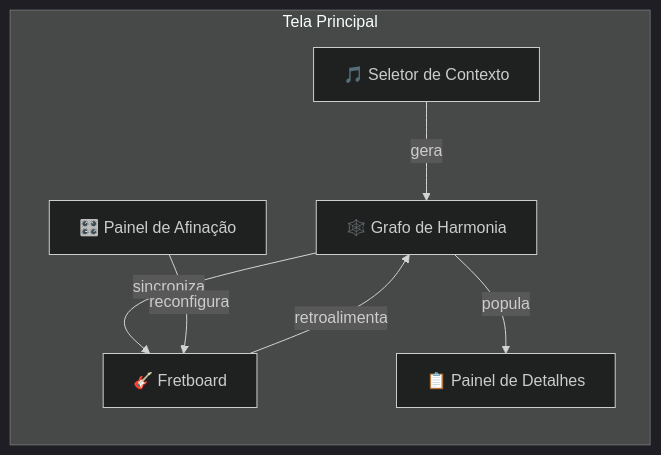
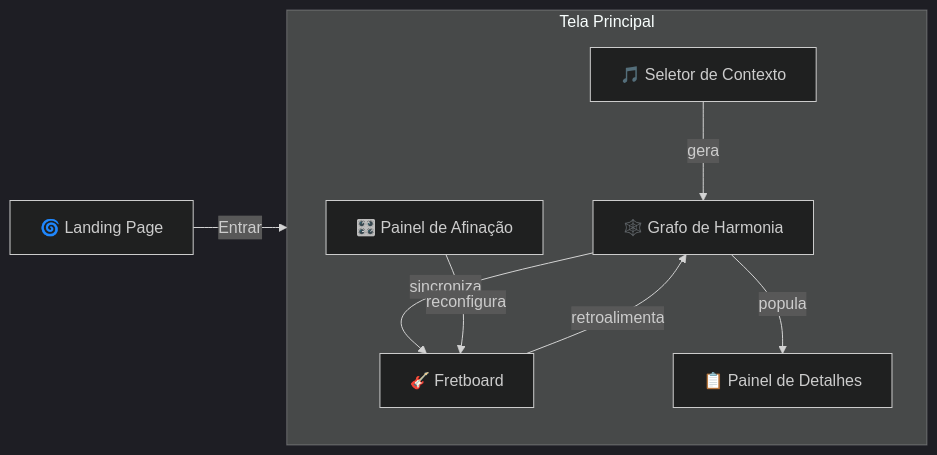
Before and after one commit to Lans-Anls/Hearmony: the first of 6 diagrams in docs/ux-interaction-design.md, drawn with Mermaid (dark theme). The commit also changed other lines of this file, not shown here.

First line of the commit message:
docs(ux): add light/dark mode system and interactive landing page

````diff
--- a/docs/ux-interaction-design.md
+++ b/docs/ux-interaction-design.md
@@ -13,16 +13,17 @@
 ```mermaid
 flowchart LR
-    subgraph "Tela Principal"
+    LP["🌀 Landing Page"] -->|"Entrar"| MAIN
+    subgraph MAIN ["Tela Principal"]
         A["🎵 Seletor de Contexto"]
         B["🕸️ Grafo de Harmonia"]
         C["🎸 Fretboard"]
         D["🎛️ Painel de Afinação"]
         E["📋 Painel de Detalhes"]
     end
 
     A -->|"gera"| B
     B -->|"sincroniza"| C
     C -->|"retroalimenta"| B
     D -->|"reconfigura"| C
     B -->|"popula"| E
 ```
````
